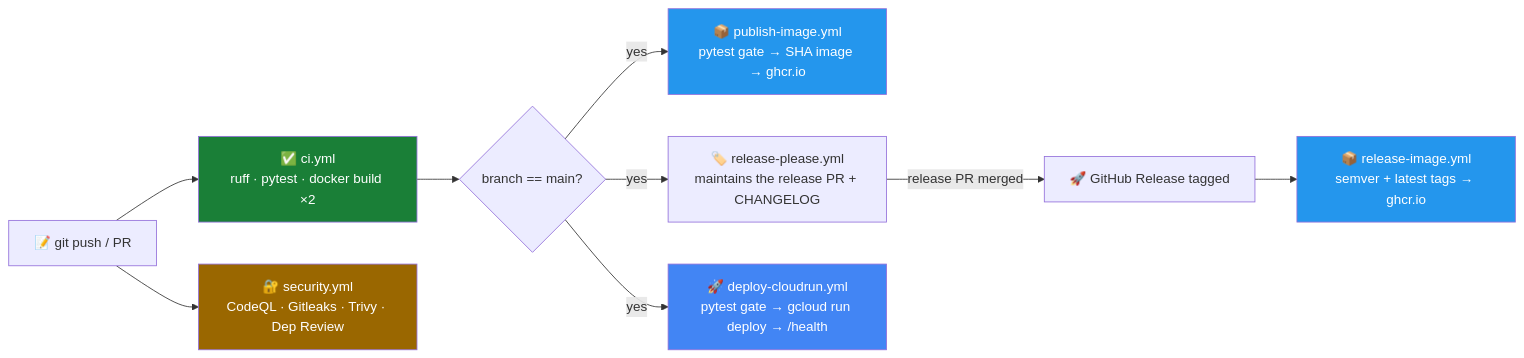
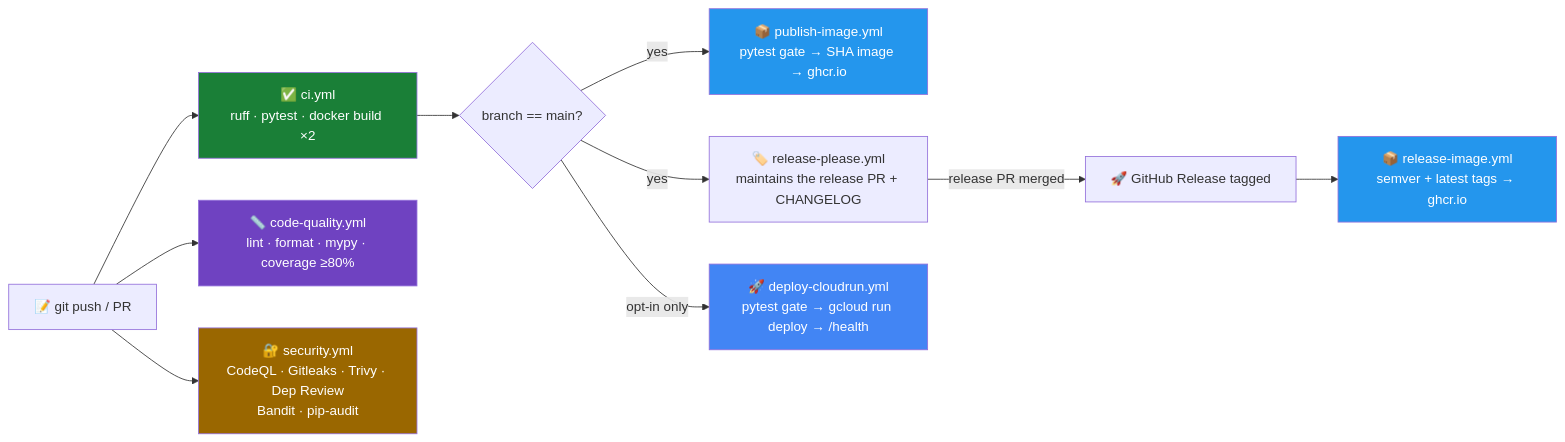
Before and after one commit to sinalkar/deskfleet: the fourth of 4 diagrams in README.md, drawn with Mermaid. The commit also changed other lines of this file and 3 other files, not shown here.

````diff
--- a/README.md
+++ b/README.md
@@ -394,17 +508,19 @@
 ```mermaid
 flowchart LR
     PUSH["📝 git push / PR"] --> CI["✅ ci.yml\nruff · pytest · docker build ×2"]
-    PUSH --> SEC["🔐 security.yml\nCodeQL · Gitleaks · Trivy · Dep Review"]
+    PUSH --> CQ["📏 code-quality.yml\nlint · format · mypy · coverage ≥80%"]
+    PUSH --> SEC["🔐 security.yml\nCodeQL · Gitleaks · Trivy · Dep Review\nBandit · pip-audit"]
     CI --> MAIN{"branch == main?"}
     MAIN -- yes --> PUB["📦 publish-image.yml\npytest gate → SHA image → ghcr.io"]
     MAIN -- yes --> RP["🏷️ release-please.yml\nmaintains the release PR + CHANGELOG"]
-    MAIN -- yes --> DEP["🚀 deploy-cloudrun.yml\npytest gate → gcloud run deploy → /health"]
+    MAIN -- "opt-in only" --> DEP["🚀 deploy-cloudrun.yml\npytest gate → gcloud run deploy → /health"]
     RP -- "release PR merged" --> REL["🚀 GitHub Release tagged"]
     REL --> RI["📦 release-image.yml\nsemver + latest tags → ghcr.io"]
 
     style CI fill:#1a7f37,color:#fff
+    style CQ fill:#6f42c1,color:#fff
     style SEC fill:#9a6700,color:#fff
     style PUB fill:#2496ED,color:#fff
     style RI fill:#2496ED,color:#fff
     style DEP fill:#4285F4,color:#fff
 ```
````
